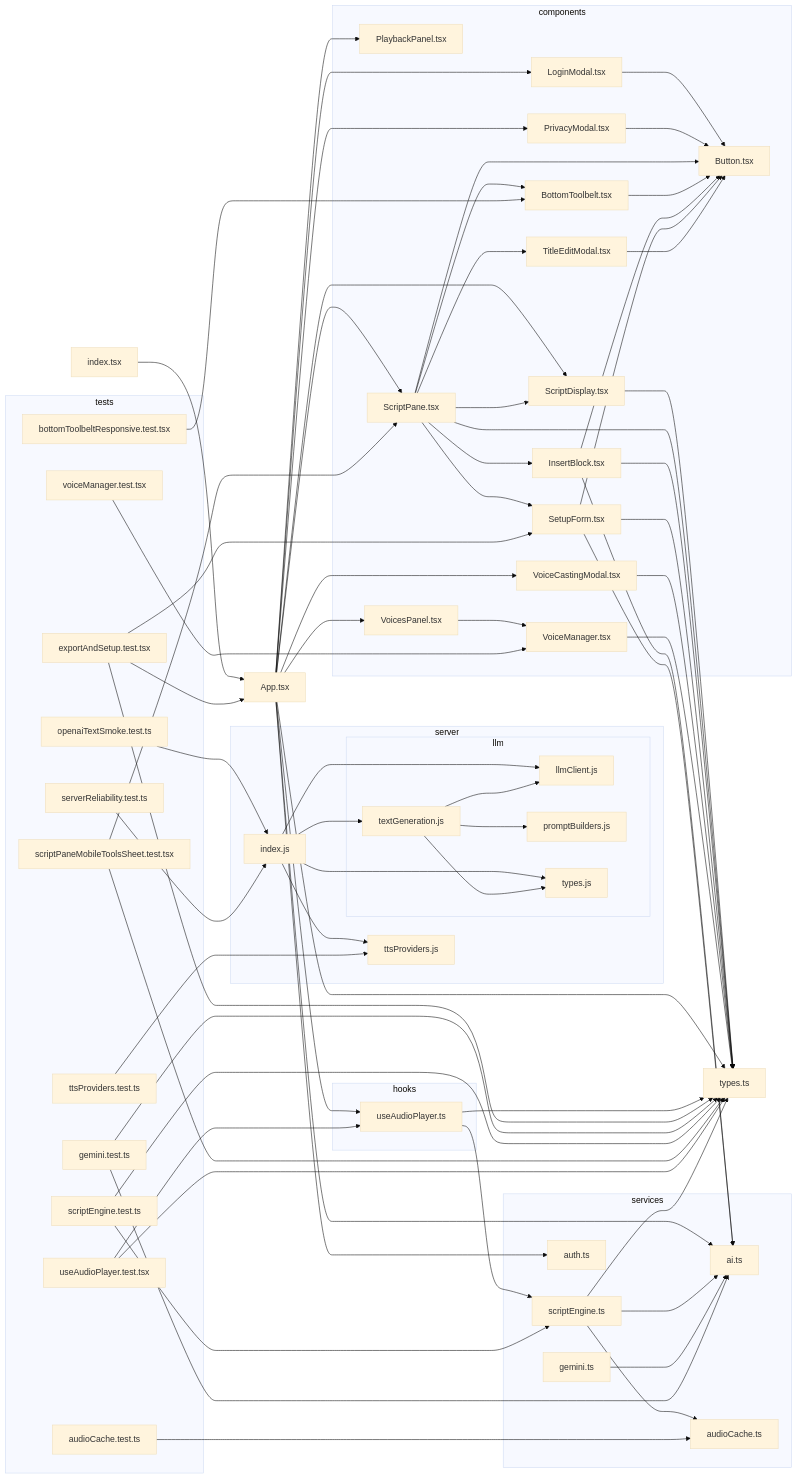
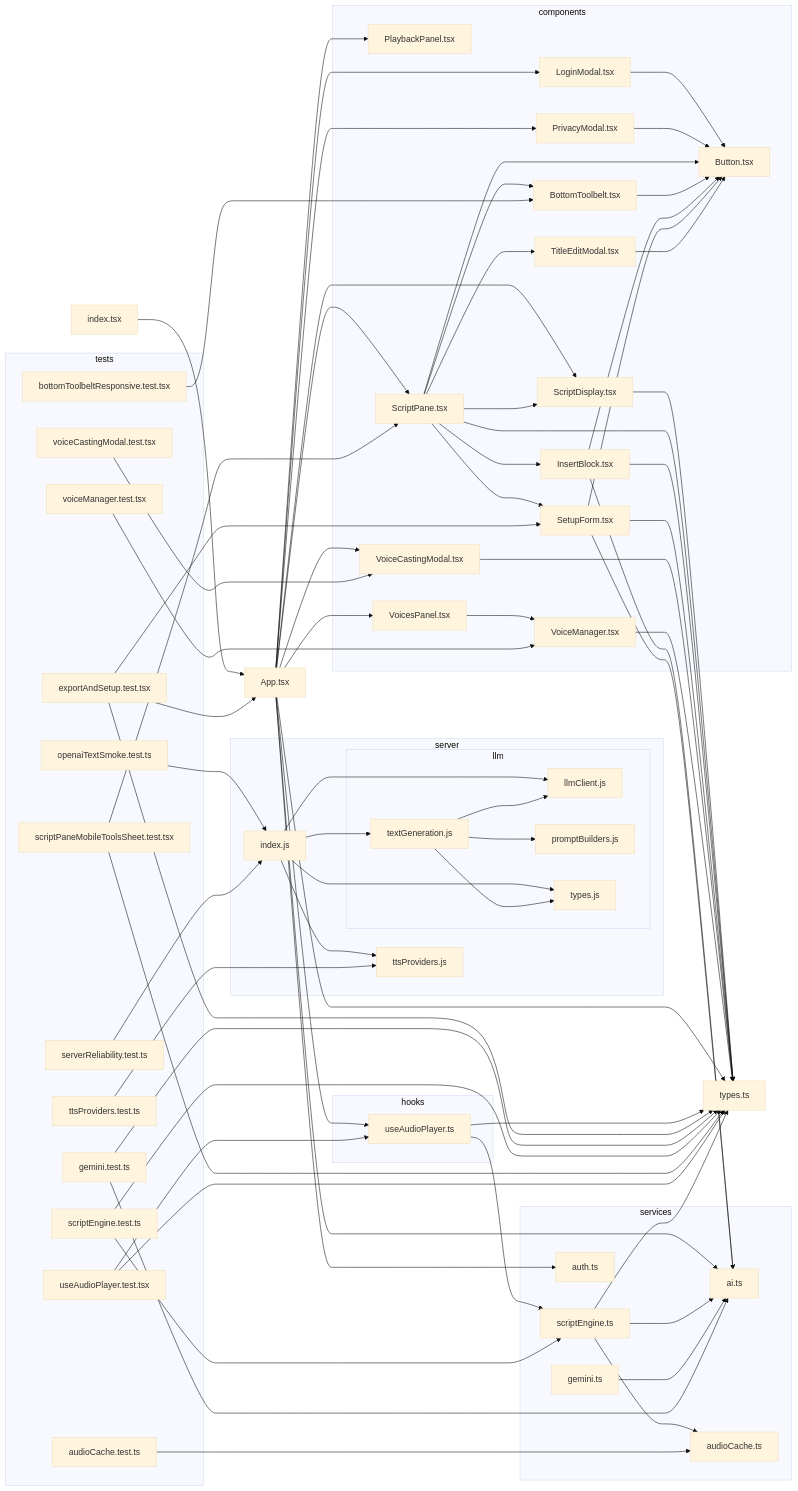
Before and after one commit to seanzmc/Script-Seance: the diagram in docs/dependency-graph.mmd, drawn with Mermaid (base theme).

Commit message:
Add voice casting modal test to dependency graph
Inserts a new test node for voiceCastingModal and renumbers
the existing voiceManager test entry to maintain correct
dependency mappings.

```diff
--- a/docs/dependency-graph.mmd
+++ b/docs/dependency-graph.mmd
@@ -1,116 +1,118 @@
 flowchart LR
 
 0["App.tsx"]
 subgraph 1["components"]
 2["LoginModal.tsx"]
 3["Button.tsx"]
 4["PlaybackPanel.tsx"]
 5["PrivacyModal.tsx"]
 6["ScriptDisplay.tsx"]
 8["ScriptPane.tsx"]
 9["BottomToolbelt.tsx"]
 A["InsertBlock.tsx"]
 D["SetupForm.tsx"]
 E["TitleEditModal.tsx"]
 F["VoiceCastingModal.tsx"]
 G["VoicesPanel.tsx"]
 H["VoiceManager.tsx"]
 end
 7["types.ts"]
 subgraph B["services"]
 C["ai.ts"]
 K["scriptEngine.ts"]
 L["audioCache.ts"]
 M["auth.ts"]
 W["gemini.ts"]
 end
 subgraph I["hooks"]
 J["useAudioPlayer.ts"]
 end
 N["index.tsx"]
 subgraph O["server"]
 P["index.js"]
 subgraph Q["llm"]
 R["llmClient.js"]
 S["textGeneration.js"]
 T["promptBuilders.js"]
 U["types.js"]
 end
 V["ttsProviders.js"]
 end
 subgraph X["tests"]
 Y["audioCache.test.ts"]
 Z["bottomToolbeltResponsive.test.tsx"]
 10["exportAndSetup.test.tsx"]
 11["gemini.test.ts"]
 12["openaiTextSmoke.test.ts"]
 13["scriptEngine.test.ts"]
 14["scriptPaneMobileToolsSheet.test.tsx"]
 15["serverReliability.test.ts"]
 16["ttsProviders.test.ts"]
 17["useAudioPlayer.test.tsx"]
-18["voiceManager.test.tsx"]
+18["voiceCastingModal.test.tsx"]
+19["voiceManager.test.tsx"]
 end
 0-->2
 0-->4
 0-->5
 0-->6
 0-->8
 0-->F
 0-->G
 0-->J
 0-->C
 0-->M
 0-->7
 2-->3
 5-->3
 6-->7
 8-->7
 8-->9
 8-->3
 8-->A
 8-->6
 8-->D
 8-->E
 9-->3
 A-->C
 A-->7
 A-->3
 D-->C
 D-->7
 D-->3
 E-->3
 F-->7
 G-->H
 H-->7
 J-->K
 J-->7
 K-->7
 K-->C
 K-->L
 N-->0
 P-->R
 P-->S
 P-->U
 P-->V
 S-->R
 S-->T
 S-->U
 W-->C
 Y-->L
 Z-->9
 10-->0
 10-->D
 10-->7
 11-->C
 11-->7
 12-->P
 13-->K
 13-->7
 14-->8
 14-->7
 15-->P
 16-->V
 17-->J
 17-->7
-18-->H
+18-->F
+19-->H
```
